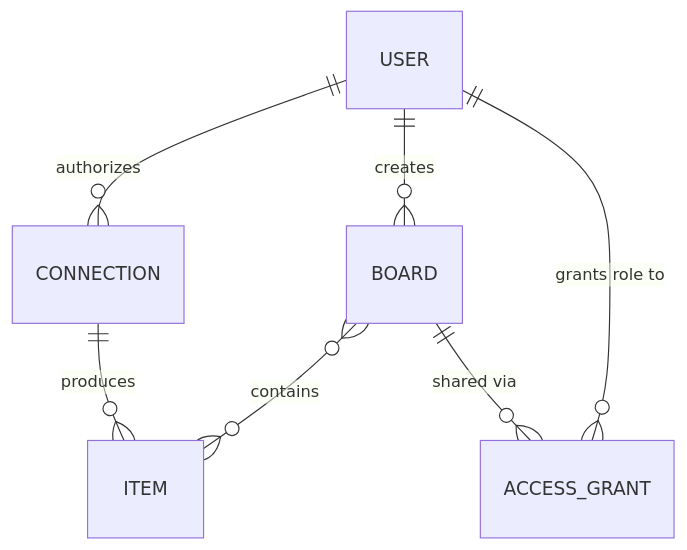
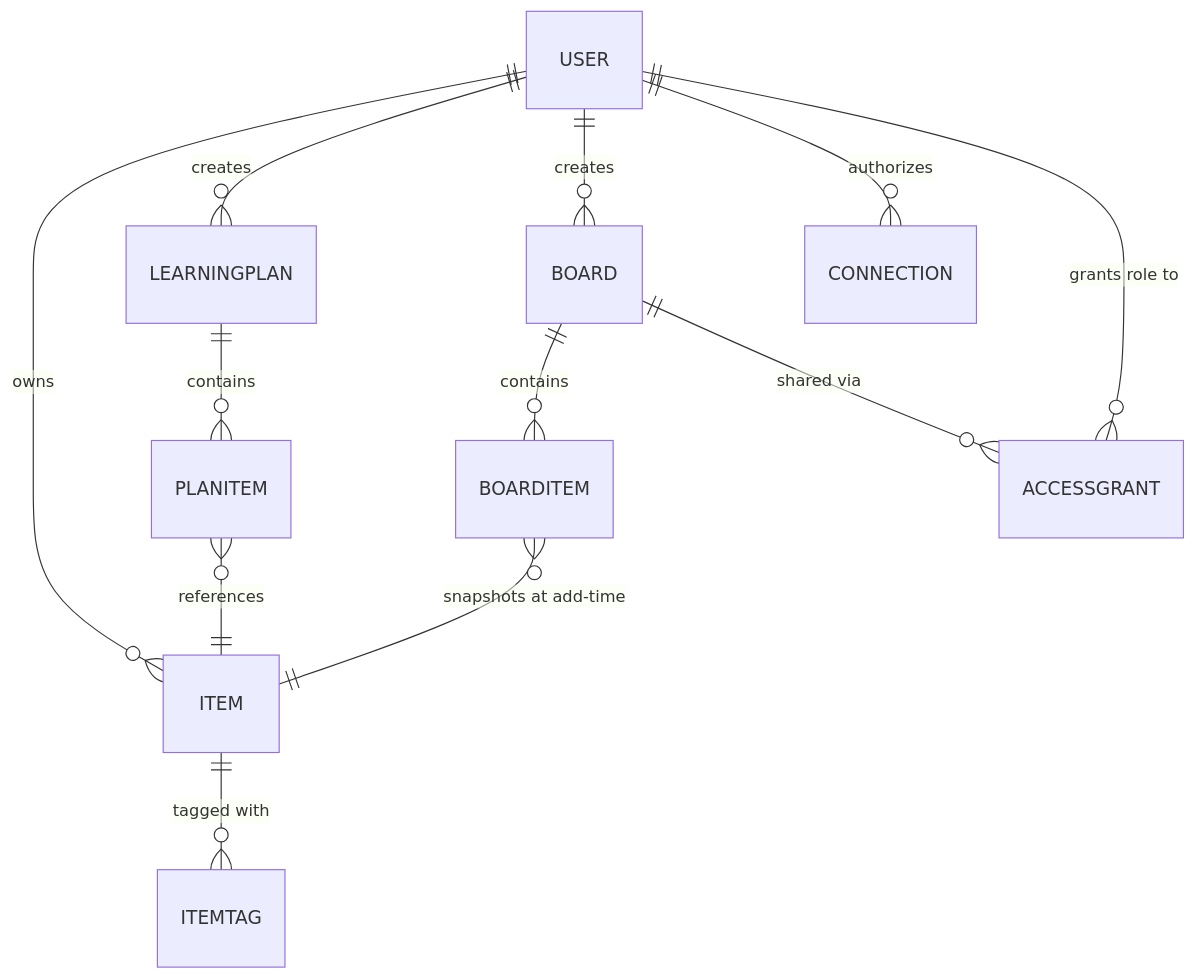
Before and after one commit to mehulp/study-hub: the second of 4 diagrams in docs/study-hub-architecture.md, drawn with Mermaid. The commit also changed other lines of this file and 14 other files, not shown here.

First line of the commit message:
Documentation audit: tighten architecture doc, add learning pack, new README

````diff
--- a/docs/study-hub-architecture.md
+++ b/docs/study-hub-architecture.md
@@ -108,9 +124,14 @@
 ```mermaid
 erDiagram
+  USER ||--o{ ITEM : owns
+  ITEM ||--o{ ITEMTAG : "tagged with"
+  USER ||--o{ LEARNINGPLAN : creates
+  LEARNINGPLAN ||--o{ PLANITEM : contains
+  PLANITEM }o--|| ITEM : references
+  USER ||--o{ BOARD : creates
+  BOARD ||--o{ BOARDITEM : contains
+  BOARDITEM }o--|| ITEM : "snapshots at add-time"
+  BOARD ||--o{ ACCESSGRANT : "shared via"
+  ACCESSGRANT }o--|| USER : "grants role to"
   USER ||--o{ CONNECTION : authorizes
-  CONNECTION ||--o{ ITEM : produces
-  USER ||--o{ BOARD : creates
-  BOARD }o--o{ ITEM : contains
-  BOARD ||--o{ ACCESS_GRANT : "shared via"
-  ACCESS_GRANT }o--|| USER : "grants role to"
 ```
````
